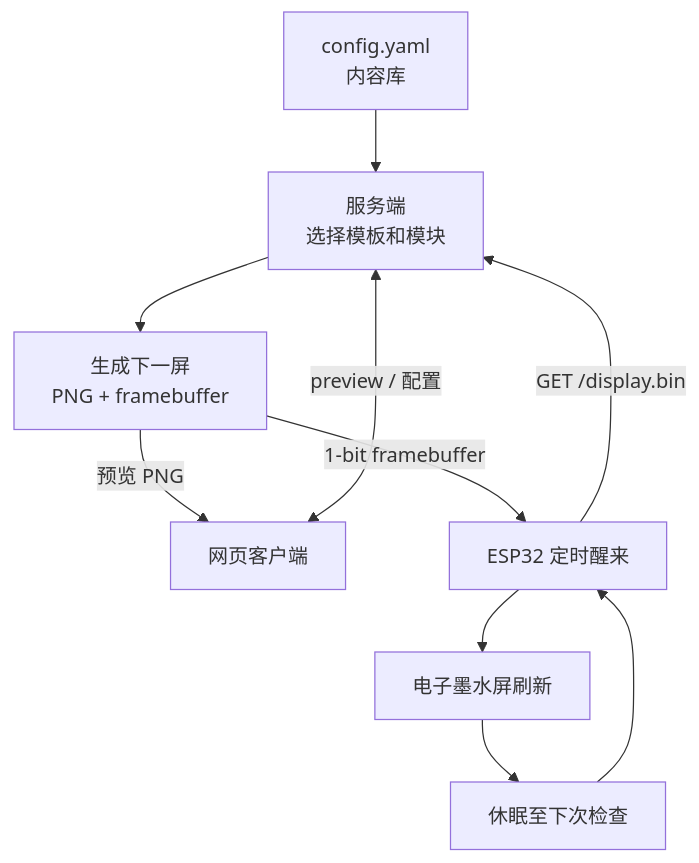
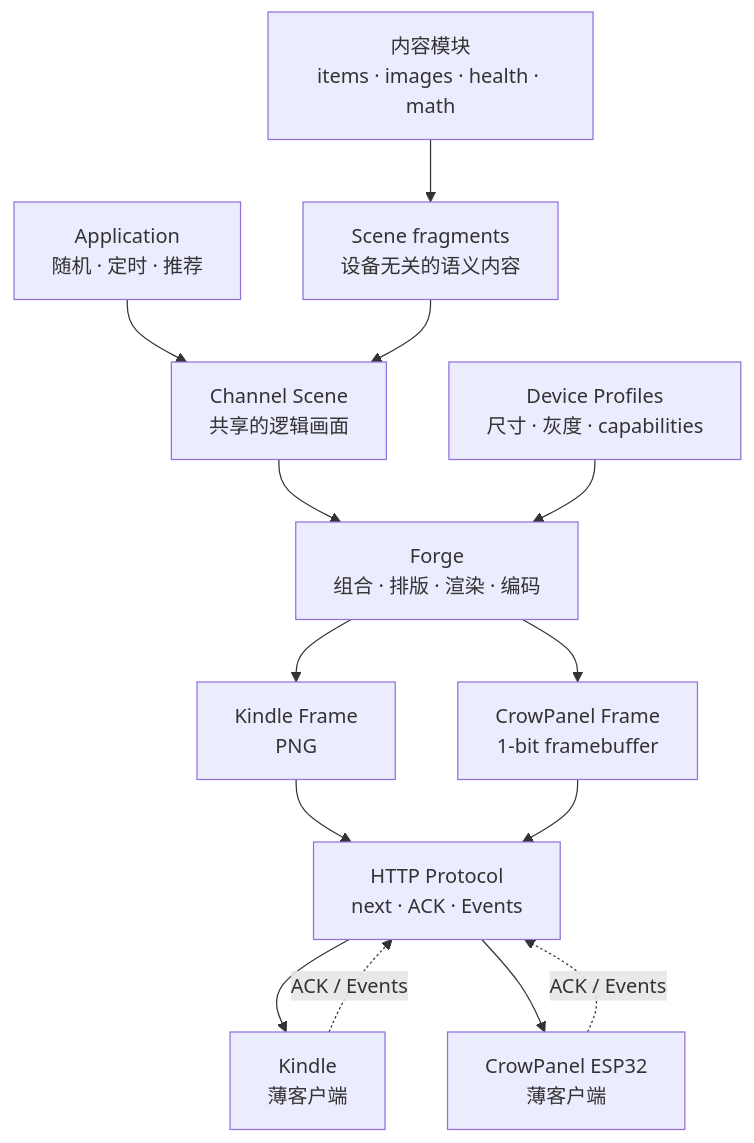
One commit to yjlinotlazy/home_companian changed the diagram in overview.mmd. Above: the diagram before and after it, drawn with Mermaid. The commit also changed 31 other files, not shown here.

```diff
--- a/overview.mmd
+++ b/overview.mmd
@@ -1,10 +1,14 @@
 flowchart TD
-    A["config.yaml<br/>内容库"] --> B["服务端<br/>选择模板和模块"]
-    B --> C["生成下一屏<br/>PNG + framebuffer"]
-    D["网页客户端"] <-->|"preview / 配置"| B
-    C -->|"预览 PNG"| D
-    E["ESP32 定时醒来"] -->|"GET /display.bin"| B
-    C -->|"1-bit framebuffer"| E
-    E --> F["电子墨水屏刷新"]
-    F --> G["休眠至下次检查"]
-    G --> E
+    M["内容模块<br/>items · images · health · math"] --> SF["Scene fragments<br/>设备无关的语义内容"]
+    A["Application<br/>随机 · 定时 · 推荐"] --> S["Channel Scene<br/>共享的逻辑画面"]
+    SF --> S
+    S --> F["Forge<br/>组合 · 排版 · 渲染 · 编码"]
+    P["Device Profiles<br/>尺寸 · 灰度 · capabilities"] --> F
+    F --> KF["Kindle Frame<br/>PNG"]
+    F --> CF["CrowPanel Frame<br/>1-bit framebuffer"]
+    KF --> H["HTTP Protocol<br/>next · ACK · Events"]
+    CF --> H
+    H --> K["Kindle<br/>薄客户端"]
+    H --> C["CrowPanel ESP32<br/>薄客户端"]
+    K -. "ACK / Events" .-> H
+    C -. "ACK / Events" .-> H
```
